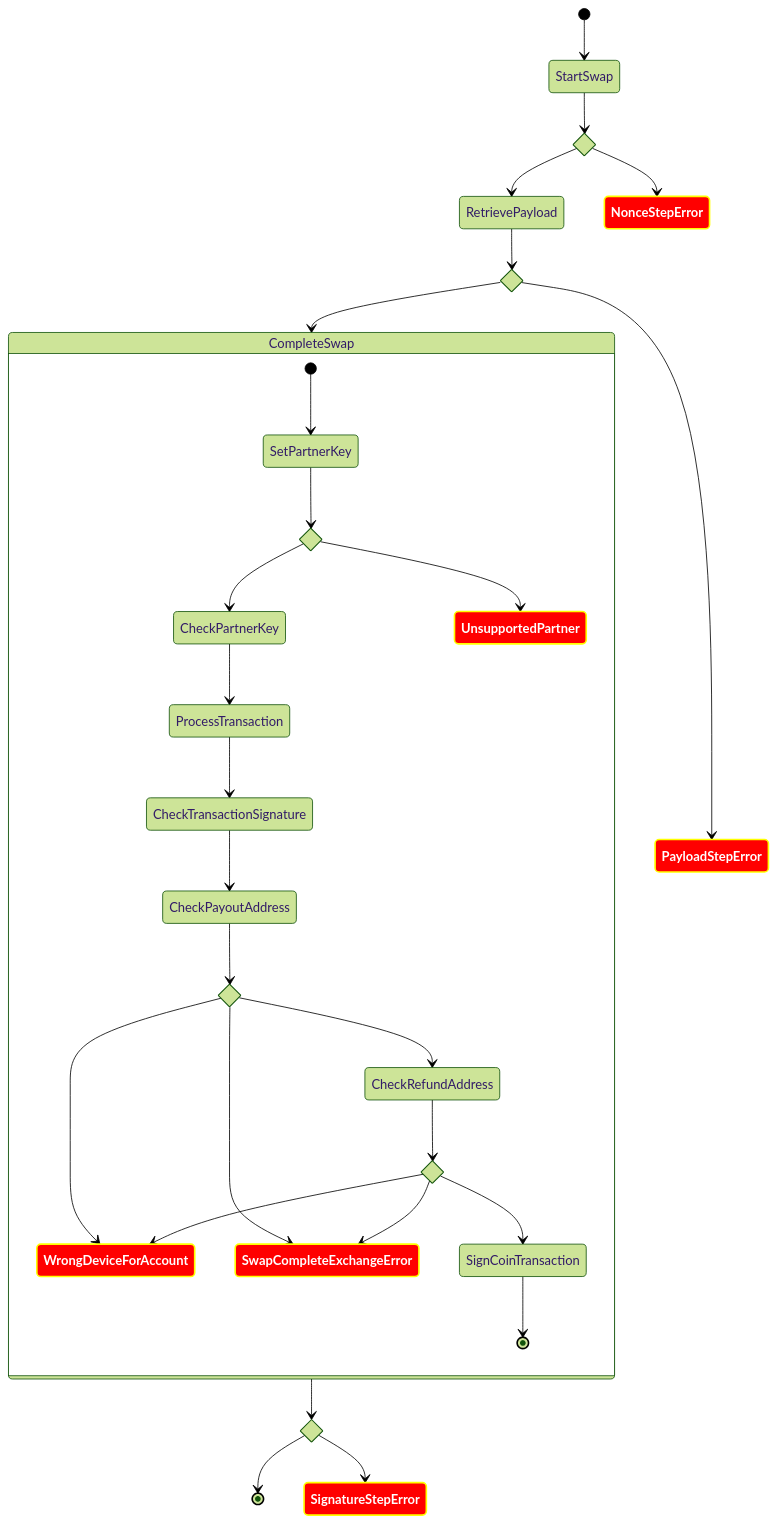
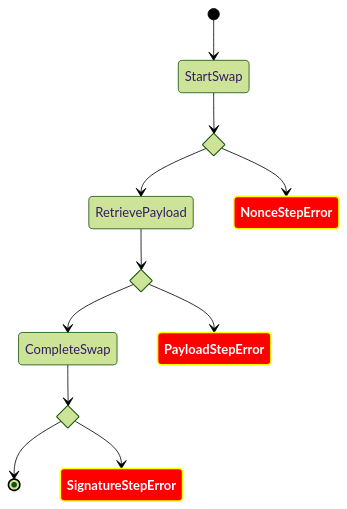
Before and after one commit to LedgerHQ/exchange-sdk: the diagram in ERROR.md, drawn with Mermaid (forest theme). The commit also changed other lines of this file, not shown here.

Commit message:
fix: remove LedgerLive errors

````diff
--- a/ERROR.md
+++ b/ERROR.md
@@ -4,56 +4,25 @@
 ```mermaid
 stateDiagram
   classDef badBadEvent fill:#f00,color:white,font-weight:bold,stroke-width:2px,stroke:yellow
 
   state startswap_state <<choice>>
   state retrievepayload_state <<choice>>
   state completeswap_state <<choice>>
 
   [*] --> StartSwap
   StartSwap --> startswap_state
   startswap_state --> RetrievePayload
   startswap_state --> NonceStepError
 
   RetrievePayload --> retrievepayload_state
   retrievepayload_state --> CompleteSwap
   retrievepayload_state --> PayloadStepError
 
   CompleteSwap --> completeswap_state
   completeswap_state --> [*]
   completeswap_state --> SignatureStepError
 
-  state CompleteSwap{
-    state partnerkey_state <<choice>>
-    state payoutaddress_state <<choice>>
-    state refundaddress_state <<choice>>
-
-    [*] --> SetPartnerKey
-    SetPartnerKey --> partnerkey_state
-    partnerkey_state --> CheckPartnerKey
-    partnerkey_state --> UnsupportedPartner
-
-    CheckPartnerKey --> ProcessTransaction
-    ProcessTransaction --> CheckTransactionSignature
-    CheckTransactionSignature --> CheckPayoutAddress
-
-    CheckPayoutAddress --> payoutaddress_state
-    payoutaddress_state --> CheckRefundAddress
-    payoutaddress_state --> WrongDeviceForAccount
-    payoutaddress_state --> SwapCompleteExchangeError %% Generic device error
-
-    CheckRefundAddress --> refundaddress_state
-    refundaddress_state --> SignCoinTransaction
-    refundaddress_state --> WrongDeviceForAccount
-    refundaddress_state --> SwapCompleteExchangeError %% Generic device error
-
-    SignCoinTransaction --> [*]
-  }
-
   class NonceStepError badBadEvent
   class PayloadStepError badBadEvent
   class SignatureStepError badBadEvent
-
-  class UnsupportedPartner badBadEvent
-  class WrongDeviceForAccount badBadEvent
-  class SwapCompleteExchangeError badBadEvent
 ```
````
